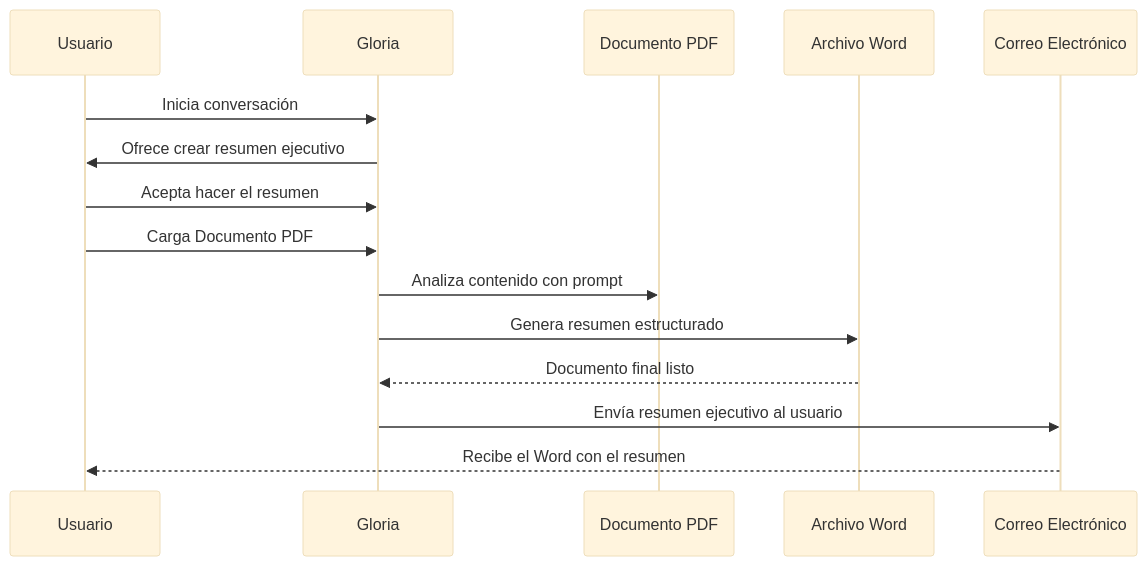
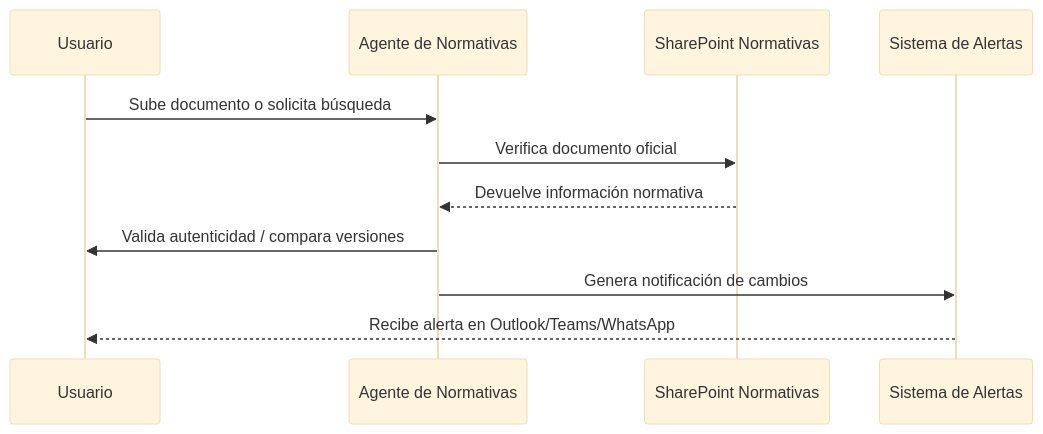
Before and after one commit to lab-innovacion-caf/Agentes: the second of 2 diagrams in README.md, drawn with Mermaid (base theme). The commit also changed other lines of this file, not shown here.

````diff
--- a/README.md
+++ b/README.md
@@ -85,18 +83,14 @@
 ```mermaid
 sequenceDiagram
     participant Usuario
-    participant Gloria
-    participant PDF as Documento PDF
-    participant Word as Archivo Word
-    participant Email as Correo Electrónico
+    participant Agente as Agente de Normativas
+    participant SP as SharePoint Normativas
+    participant Alerta as Sistema de Alertas
 
-    Usuario->>Gloria: Inicia conversación
-    Gloria->>Usuario: Ofrece crear resumen ejecutivo
-    Usuario->>Gloria: Acepta hacer el resumen
-    Usuario->>Gloria: Carga Documento PDF
-    Gloria->>PDF: Analiza contenido con prompt
-    Gloria->>Word: Genera resumen estructurado
-    Word-->>Gloria: Documento final listo
-    Gloria->>Email: Envía resumen ejecutivo al usuario
-    Email-->>Usuario: Recibe el Word con el resumen
+    Usuario->>Agente: Sube documento o solicita búsqueda
+    Agente->>SP: Verifica documento oficial
+    SP-->>Agente: Devuelve información normativa
+    Agente->>Usuario: Valida autenticidad / compara versiones
+    Agente->>Alerta: Genera notificación de cambios
+    Alerta-->>Usuario: Recibe alerta en Outlook/Teams/WhatsApp
 ```
````
